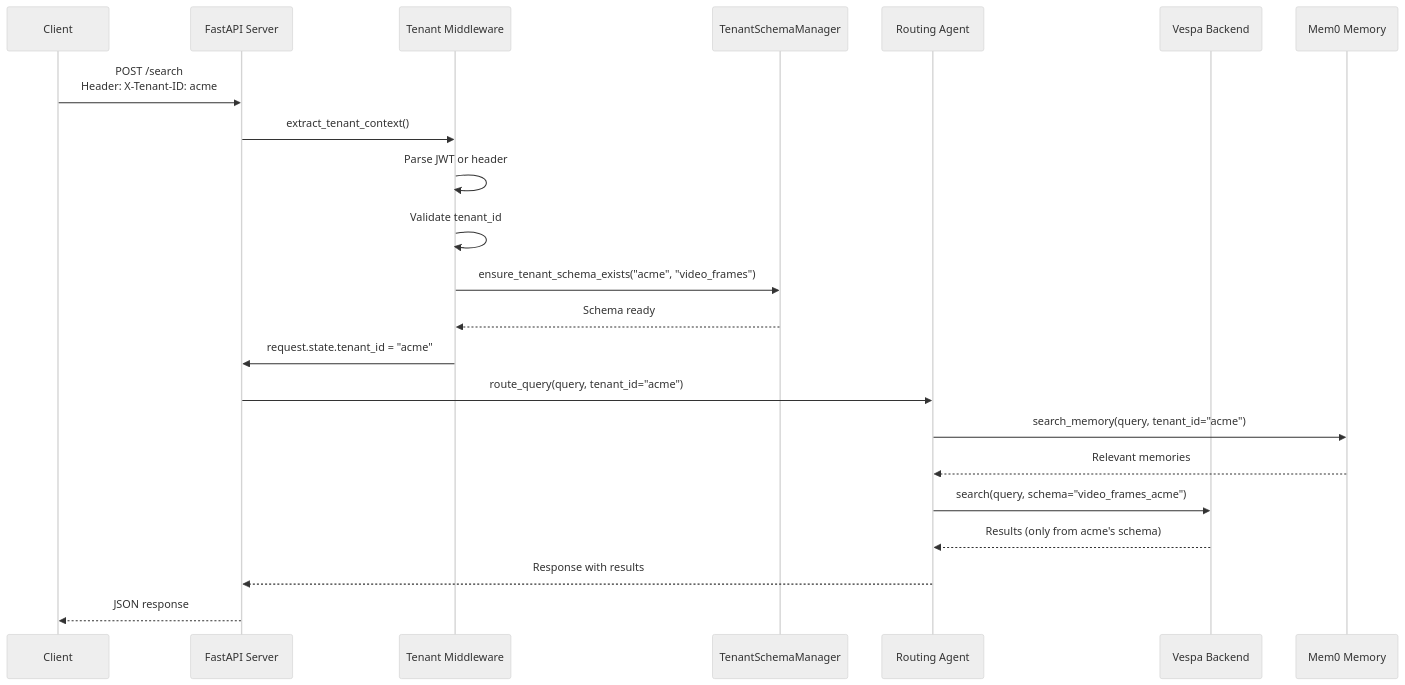
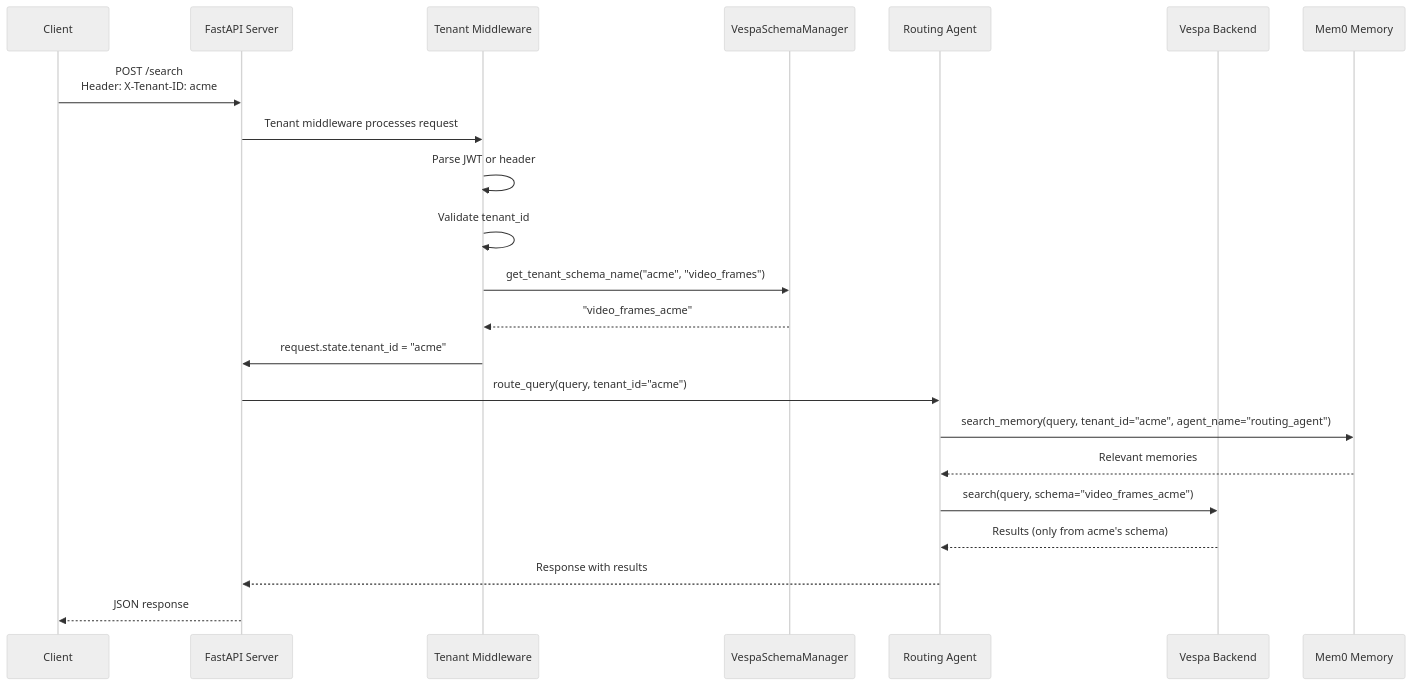
Before and after one commit to amit-jain/cogniverse: the second of 6 diagrams in docs/architecture/multi-tenant.md, drawn with Mermaid (neutral theme). The commit also changed other lines of this file and 83 other files, not shown here.

First line of the commit message:
Fix documentation veracity, formatting, and diagrams across all modules

````diff
--- a/docs/architecture/multi-tenant.md
+++ b/docs/architecture/multi-tenant.md
@@ -432,26 +432,26 @@
 ```mermaid
 sequenceDiagram
     participant Client
     participant API as FastAPI Server
     participant Middleware as Tenant Middleware
-    participant SchemaManager as TenantSchemaManager
+    participant SchemaManager as VespaSchemaManager
     participant Agent as Routing Agent
     participant Vespa as Vespa Backend
     participant Memory as Mem0 Memory
 
     Client->>API: POST /search<br/>Header: X-Tenant-ID: acme
-    API->>Middleware: extract_tenant_context()
+    API->>Middleware: Tenant middleware processes request
     Middleware->>Middleware: Parse JWT or header
     Middleware->>Middleware: Validate tenant_id
-    Middleware->>SchemaManager: ensure_tenant_schema_exists("acme", "video_frames")
-    SchemaManager-->>Middleware: Schema ready
+    Middleware->>SchemaManager: get_tenant_schema_name("acme", "video_frames")
+    SchemaManager-->>Middleware: "video_frames_acme"
     Middleware->>API: request.state.tenant_id = "acme"
 
     API->>Agent: route_query(query, tenant_id="acme")
-    Agent->>Memory: search_memory(query, tenant_id="acme")
+    Agent->>Memory: search_memory(query, tenant_id="acme", agent_name="routing_agent")
     Memory-->>Agent: Relevant memories
     Agent->>Vespa: search(query, schema="video_frames_acme")
     Vespa-->>Agent: Results (only from acme's schema)
     Agent-->>API: Response with results
     API-->>Client: JSON response
 ```
````
